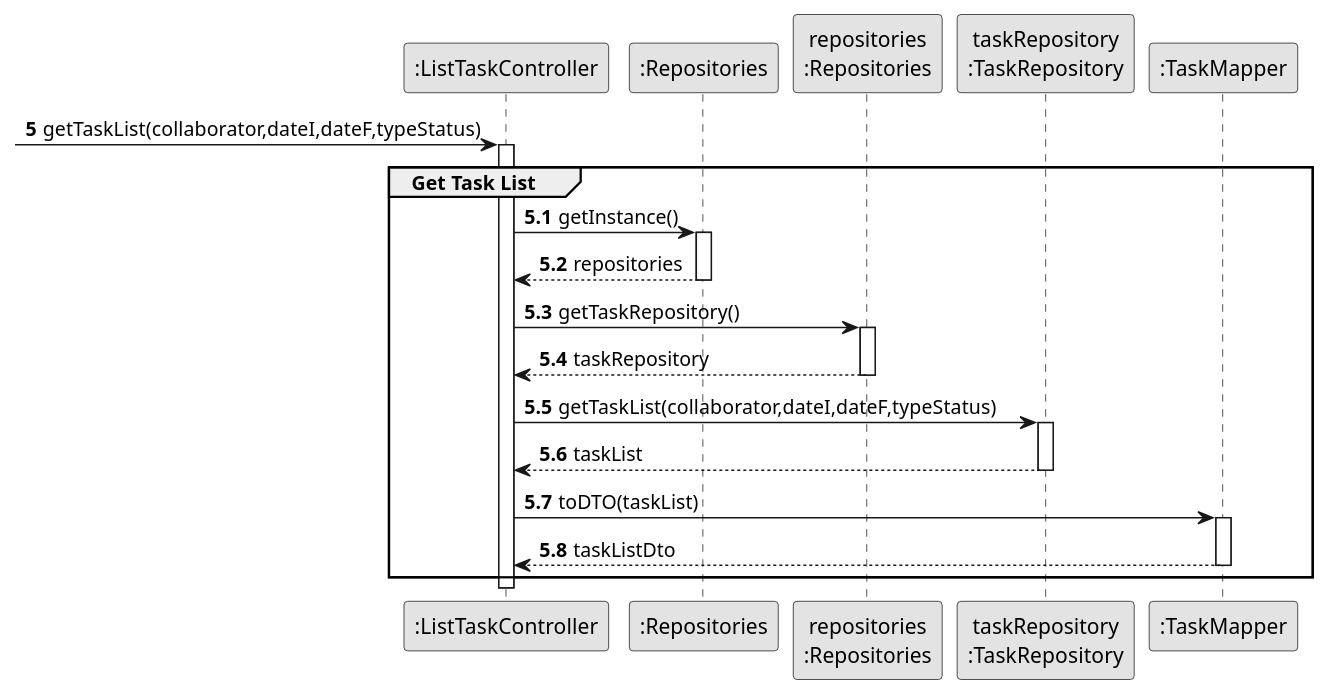
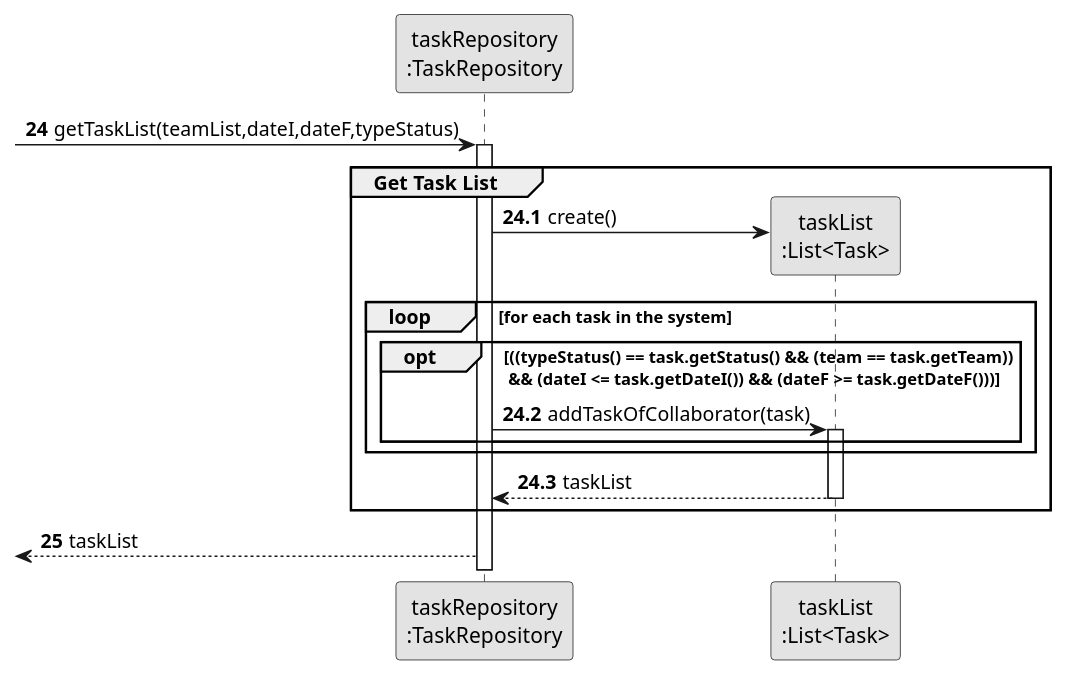
The diagram in docs/sprintC/us028/03.design/puml/us028-sequence-diagram-partial-get-task-list.puml (diogoveirospro/lei-24-s2-1dg-g072), drawn with PlantUML before and after one commit. The commit also changed 17 other files, not shown here.

```diff
--- a/docs/sprintC/us028/03.design/puml/us028-sequence-diagram-partial-get-task-list.puml
+++ b/docs/sprintC/us028/03.design/puml/us028-sequence-diagram-partial-get-task-list.puml
@@ -1,50 +1,35 @@
 @startuml
 skinparam monochrome true
 skinparam packageStyle rectangle
 skinparam shadowing false
 
 autonumber
 
 'hide footbox
 
-participant ":ListTaskController" as CTRL
-participant ":Repositories" as RepositorySingleton
-participant "repositories\n:Repositories" as REP
+
 participant "taskRepository\n:TaskRepository" as taskRepository
-participant ":TaskMapper" as Mapper
+participant "taskList\n:List<Task>" as LISTTASK
 
-autonumber 5
+autonumber 24
 
- -> CTRL : getTaskList(collaborator,dateI,dateF,typeStatus)
-autonumber 5.1
-activate CTRL
+ -> taskRepository : getTaskList(teamList,dateI,dateF,typeStatus)
+autonumber 24.1
+activate taskRepository
     group Get Task List
 
-        CTRL -> RepositorySingleton : getInstance()
-        activate RepositorySingleton
+taskRepository -> LISTTASK** : create()
+                loop for each task in the system
+                    opt ((typeStatus() == task.getStatus() && (team == task.getTeam))\n && (dateI <= task.getDateI()) && (dateF >= task.getDateF()))
+                        taskRepository -> LISTTASK : addTaskOfCollaborator(task)
+                            activate LISTTASK
+                    end
 
-            RepositorySingleton --> CTRL: repositories
-        deactivate RepositorySingleton
-
-        CTRL -> REP : getTaskRepository()
-        activate REP
-
-            REP --> CTRL: taskRepository
-        deactivate REP
-
-        CTRL -> taskRepository : getTaskList(collaborator,dateI,dateF,typeStatus)
-        activate taskRepository
-
-            taskRepository --> CTRL : taskList
-        deactivate taskRepository
-
-        CTRL -> Mapper : toDTO(taskList)
-        activate Mapper
-
-            Mapper --> CTRL : taskListDto
-        deactivate Mapper
-
+                end
+            LISTTASK --> taskRepository : taskList
+            deactivate LISTTASK
     end
-deactivate CTRL
+autonumber 25
+<-- taskRepository : taskList
 
 @enduml
```
